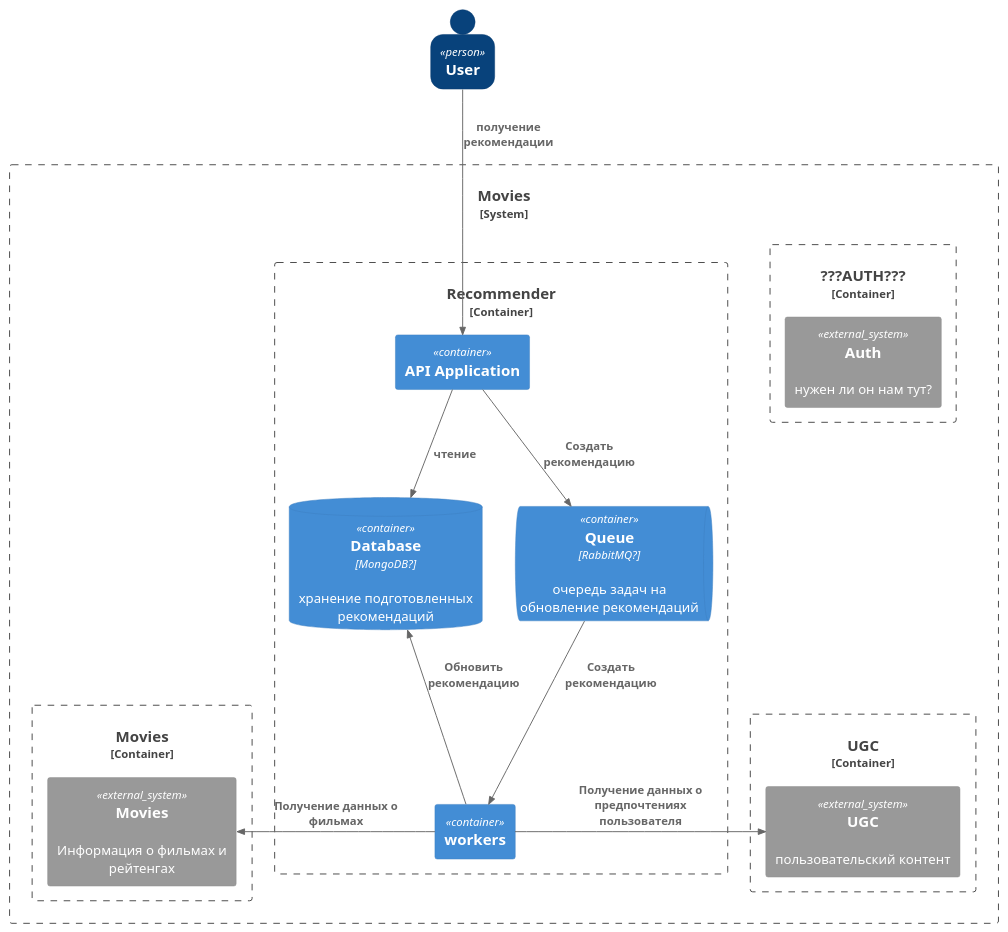
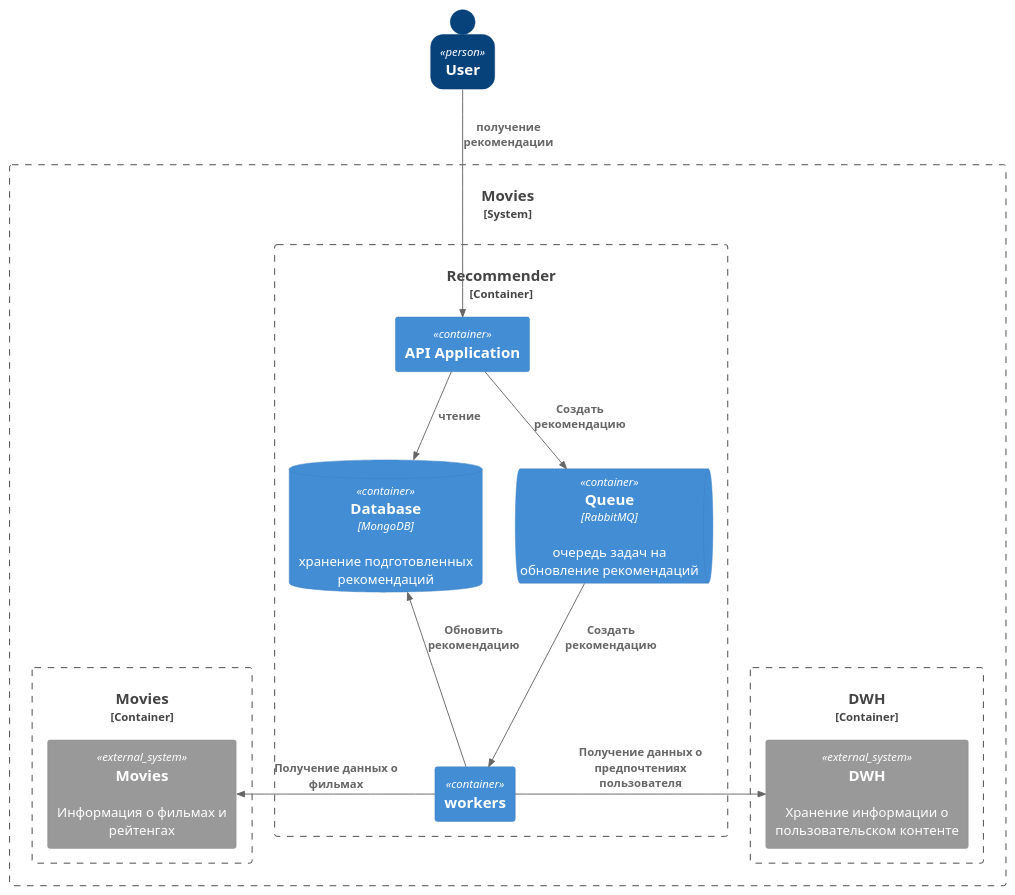
The diagram in docs/arch/2-arch-container.puml (konstantinGlonin/graduate_work), drawn with PlantUML before and after one commit. The commit also changed 4 other files, not shown here.

```diff
--- a/docs/arch/2-arch-container.puml
+++ b/docs/arch/2-arch-container.puml
@@ -1,39 +1,36 @@
 @startuml
 !include tmpl/C4_Container.puml
 
 SHOW_PERSON_OUTLINE()
 
 Person(user, "User")
 
 System_Boundary(movies_sys, "Movies"){
-    Container_Boundary(auth_bd, "???AUTH???") {
-        System_Ext(auth, "Auth", "нужен ли он нам тут?")
-    }
-    Container_Boundary(ugc_bd, "UGC") {
-        System_Ext(ugc, "UGC", "пользовательский контент")
+    Container_Boundary(ugc_bd, "DWH") {
+        System_Ext(ugc, "DWH", "Хранение информации о пользовательском контенте")
     }
 
     Container_Boundary(rec_bd, "Recommender") {
         Container(api, "API Application")
-        ContainerDb(db, "Database", "MongoDB?", "хранение подготовленных рекомендаций")
+        ContainerDb(db, "Database", "MongoDB", "хранение подготовленных рекомендаций")
 
-        ContainerQueue(que, "Queue", "RabbitMQ?","очередь задач на обновление рекомендаций")
+        ContainerQueue(que, "Queue", "RabbitMQ","очередь задач на обновление рекомендаций")
         Container(workers, "workers")
     }
 
     Container_Boundary(movies_bd, "Movies") {
         System_Ext(movies, "Movies", "Информация о фильмах и рейтенгах")
     }
 
 }
 
 Rel_D(user, api, "получение рекомендации")
 Rel_D(api, db, "чтение")
 Rel_D(api, que, "Создать рекомендацию")
 Rel_D(que, workers, "Создать рекомендацию")
 Rel_U(workers, db, "Обновить рекомендацию")
 
 Rel_R(workers, movies, "Получение данных о фильмах")
 Rel_L(workers, ugc, "Получение данных о предпочтениях пользователя")
 
 @enduml
```
